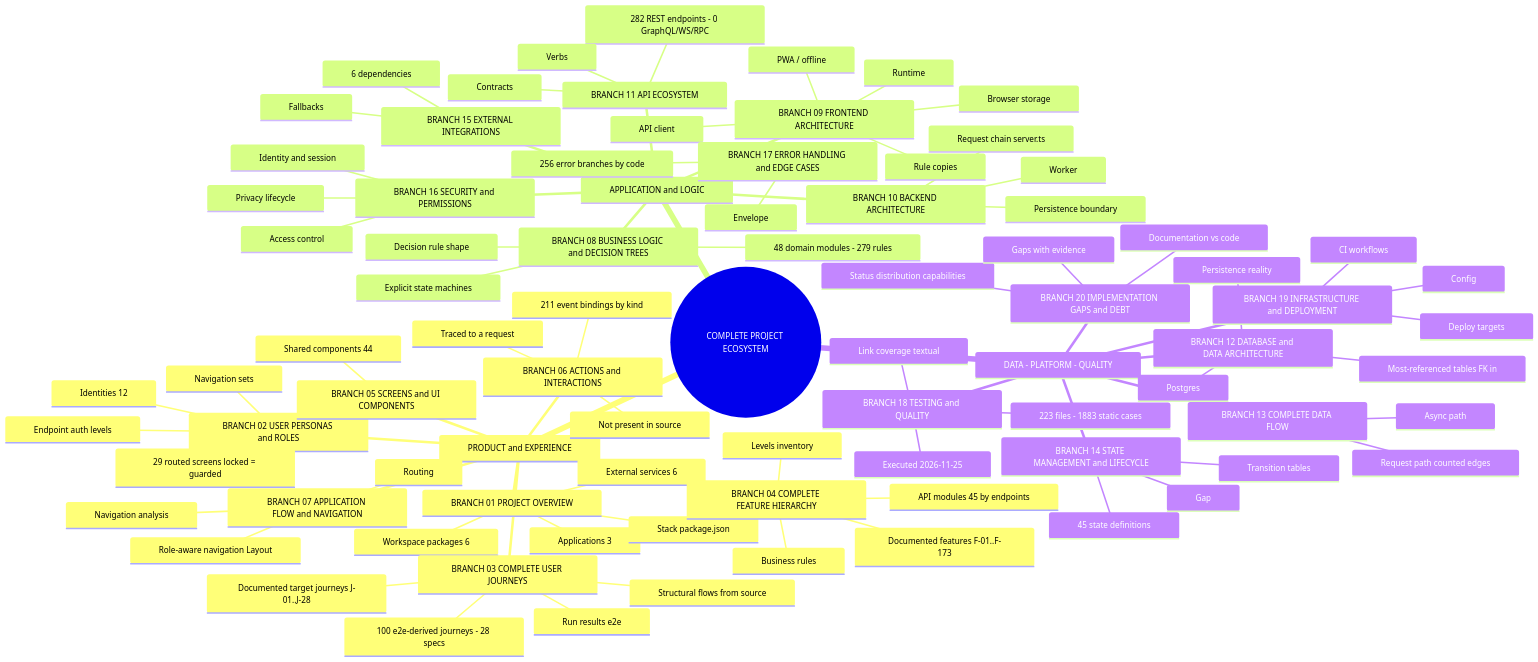
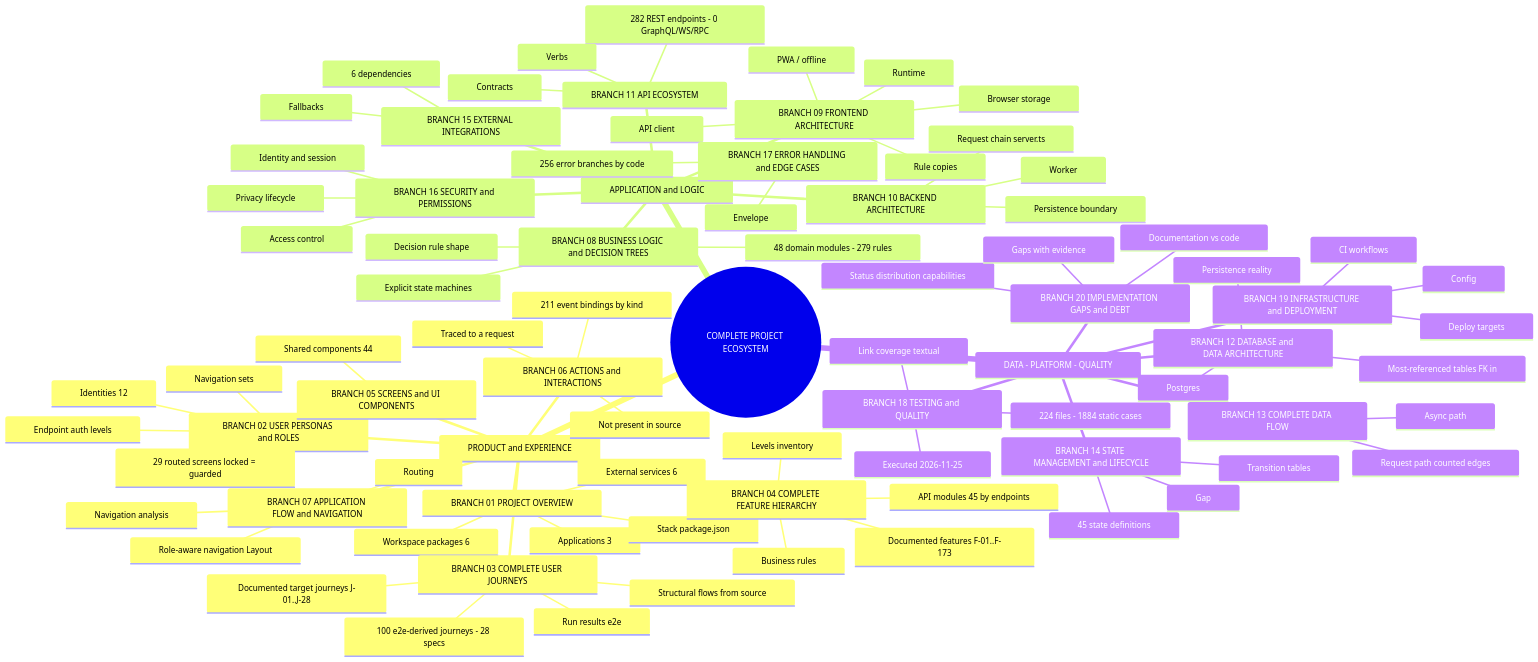
One commit to yhsomani/talentsphere-complete changed the diagram in project-mindmap/master/MASTER_PROJECT_MINDMAP.mmd. Above: the diagram before and after it, drawn with Mermaid. The commit also changed 44 other files, not shown here.

First line of the commit message:
docs: dedup scan, doc-to-code sync and mind map refresh

```diff
--- a/project-mindmap/master/MASTER_PROJECT_MINDMAP.mmd
+++ b/project-mindmap/master/MASTER_PROJECT_MINDMAP.mmd
@@ -1,87 +1,87 @@
 %%{init: {"mindmap": {"padding": 28, "maxNodeWidth": 240}}}%%
 mindmap
   root((COMPLETE PROJECT ECOSYSTEM))
     PRODUCT and EXPERIENCE
       BRANCH 01 PROJECT OVERVIEW
         Applications 3
         Stack package.json
         Workspace packages 6
         External services 6
       BRANCH 02 USER PERSONAS and ROLES
         Identities 12
         Navigation sets
         Endpoint auth levels
       BRANCH 03 COMPLETE USER JOURNEYS
         100 e2e-derived journeys - 28 specs
         Run results e2e
         Documented target journeys J-01..J-28
         Structural flows from source
       BRANCH 04 COMPLETE FEATURE HIERARCHY
         Levels inventory
         API modules 45 by endpoints
         Business rules
         Documented features F-01..F-173
       BRANCH 05 SCREENS and UI COMPONENTS
         29 routed screens locked = guarded
         Shared components 44
       BRANCH 06 ACTIONS and INTERACTIONS
         211 event bindings by kind
         Traced to a request
         Not present in source
       BRANCH 07 APPLICATION FLOW and NAVIGATION
         Routing
         Role-aware navigation Layout
         Navigation analysis
     APPLICATION and LOGIC
       BRANCH 08 BUSINESS LOGIC and DECISION TREES
         48 domain modules - 279 rules
         Explicit state machines
         Decision rule shape
       BRANCH 09 FRONTEND ARCHITECTURE
         Runtime
         API client
         Browser storage
         PWA / offline
         Rule copies
       BRANCH 10 BACKEND ARCHITECTURE
         Request chain server.ts
         Persistence boundary
         Worker
       BRANCH 11 API ECOSYSTEM
         282 REST endpoints - 0 GraphQL/WS/RPC
         Verbs
         Contracts
       BRANCH 15 EXTERNAL INTEGRATIONS
         6 dependencies
         Fallbacks
       BRANCH 16 SECURITY and PERMISSIONS
         Identity and session
         Access control
         Privacy lifecycle
       BRANCH 17 ERROR HANDLING and EDGE CASES
         256 error branches by code
         Envelope
     DATA - PLATFORM - QUALITY
       BRANCH 12 DATABASE and DATA ARCHITECTURE
         Postgres
         Most-referenced tables FK in
         Persistence reality
       BRANCH 13 COMPLETE DATA FLOW
         Request path counted edges
         Async path
       BRANCH 14 STATE MANAGEMENT and LIFECYCLE
         45 state definitions
         Transition tables
         Gap
       BRANCH 18 TESTING and QUALITY
-        223 files - 1883 static cases
+        224 files - 1884 static cases
         Executed 2026-11-25
         Link coverage textual
       BRANCH 19 INFRASTRUCTURE and DEPLOYMENT
         CI workflows
         Deploy targets
         Config
       BRANCH 20 IMPLEMENTATION GAPS and DEBT
         Status distribution capabilities
         Gaps with evidence
         Documentation vs code
```
